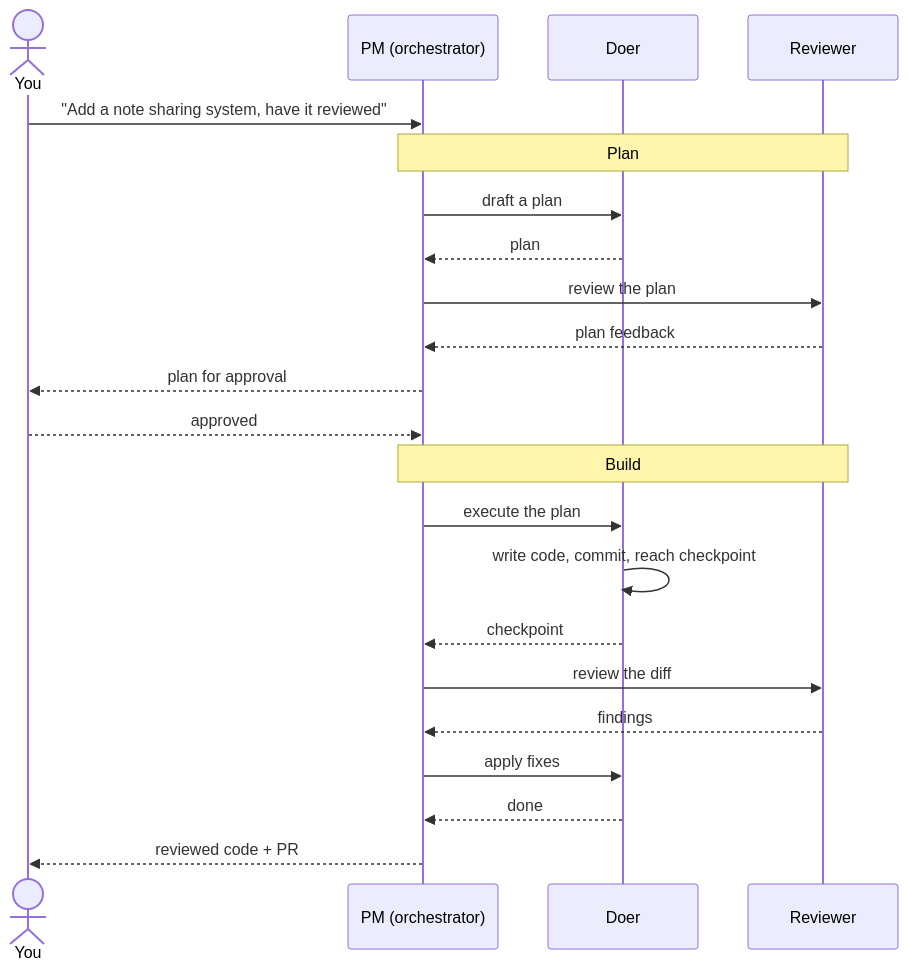
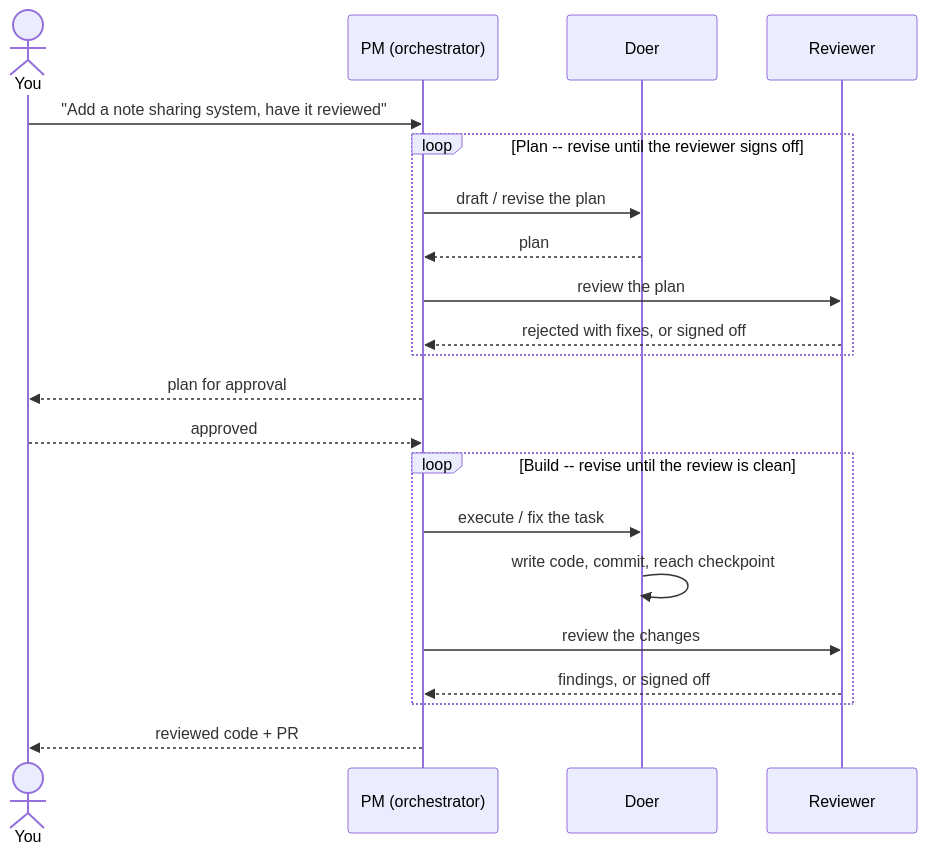
Before and after one commit to Apra-Labs/apra-fleet: the diagram in README.md, drawn with Mermaid. The commit also changed other lines of this file and 1 other file, not shown here.

Commit message:
docs: show plan-review loop, expand cost section, tidy providers
- How it works: both phases are now loop blocks. The plan phase is a
  loop too -- the reviewer can reject the plan and send fixes back
  before it ever reaches you for approval. Validated with mermaid-cli.
- Cost: lead with Fleet's founding idea -- match the model to the task.
  A plan's tasks vary in difficulty, so each is assigned a cheap /
  standard / premium tier instead of running everything on one premium
  model. That is the waste this avoids.
- Providers: drop gemini-3-flash-preview from the orchestrator row
  (mid tier; orchestration is premium-tier work). Keep gemini-3.1-pro.
- provider-matrix.md: refresh stale Opus 4.6 references to Opus 4.7.

````diff
--- a/README.md
+++ b/README.md
@@ -93,24 +93,23 @@
 ```mermaid
 sequenceDiagram
     actor You
     participant PM as PM (orchestrator)
     participant Doer
     participant Reviewer
     You->>PM: "Add a note sharing system, have it reviewed"
-    Note over PM,Reviewer: Plan
-    PM->>Doer: draft a plan
-    Doer-->>PM: plan
-    PM->>Reviewer: review the plan
-    Reviewer-->>PM: plan feedback
+    loop Plan -- revise until the reviewer signs off
+        PM->>Doer: draft / revise the plan
+        Doer-->>PM: plan
+        PM->>Reviewer: review the plan
+        Reviewer-->>PM: rejected with fixes, or signed off
+    end
     PM-->>You: plan for approval
     You-->>PM: approved
-    Note over PM,Reviewer: Build
-    PM->>Doer: execute the plan
-    Doer->>Doer: write code, commit, reach checkpoint
-    Doer-->>PM: checkpoint
-    PM->>Reviewer: review the diff
-    Reviewer-->>PM: findings
-    PM->>Doer: apply fixes
-    Doer-->>PM: done
+    loop Build -- revise until the review is clean
+        PM->>Doer: execute / fix the task
+        Doer->>Doer: write code, commit, reach checkpoint
+        PM->>Reviewer: review the changes
+        Reviewer-->>PM: findings, or signed off
+    end
     PM-->>You: reviewed code + PR
 ```
````
